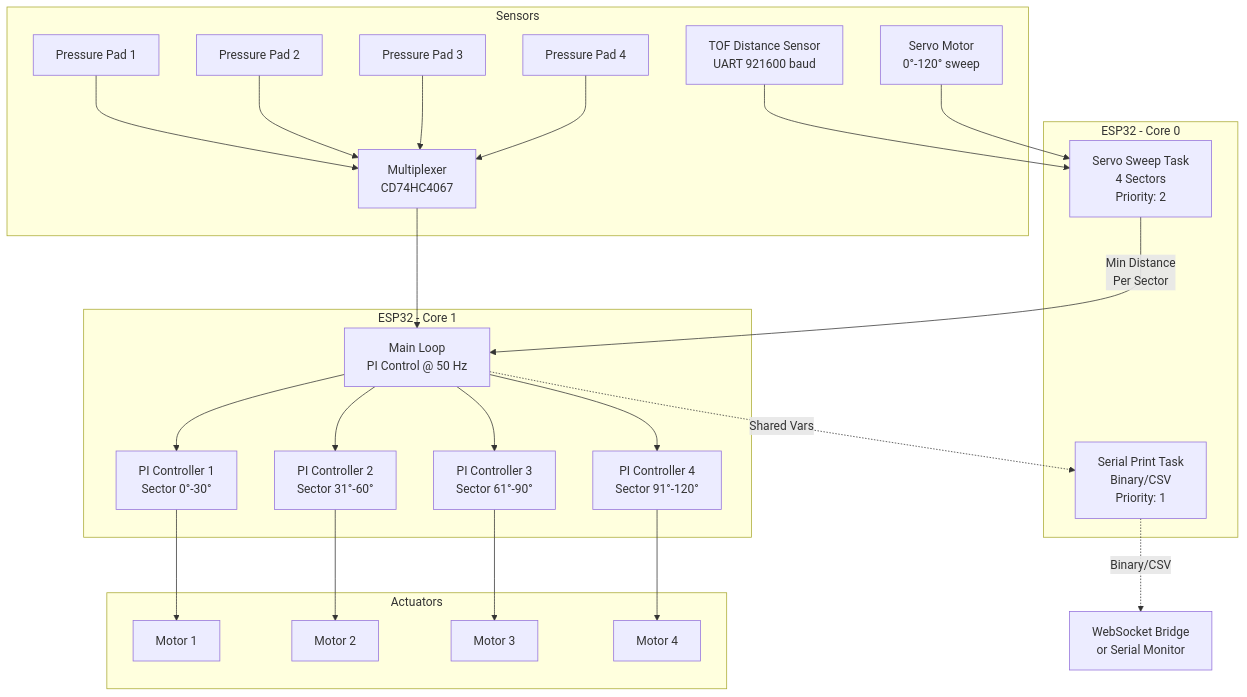
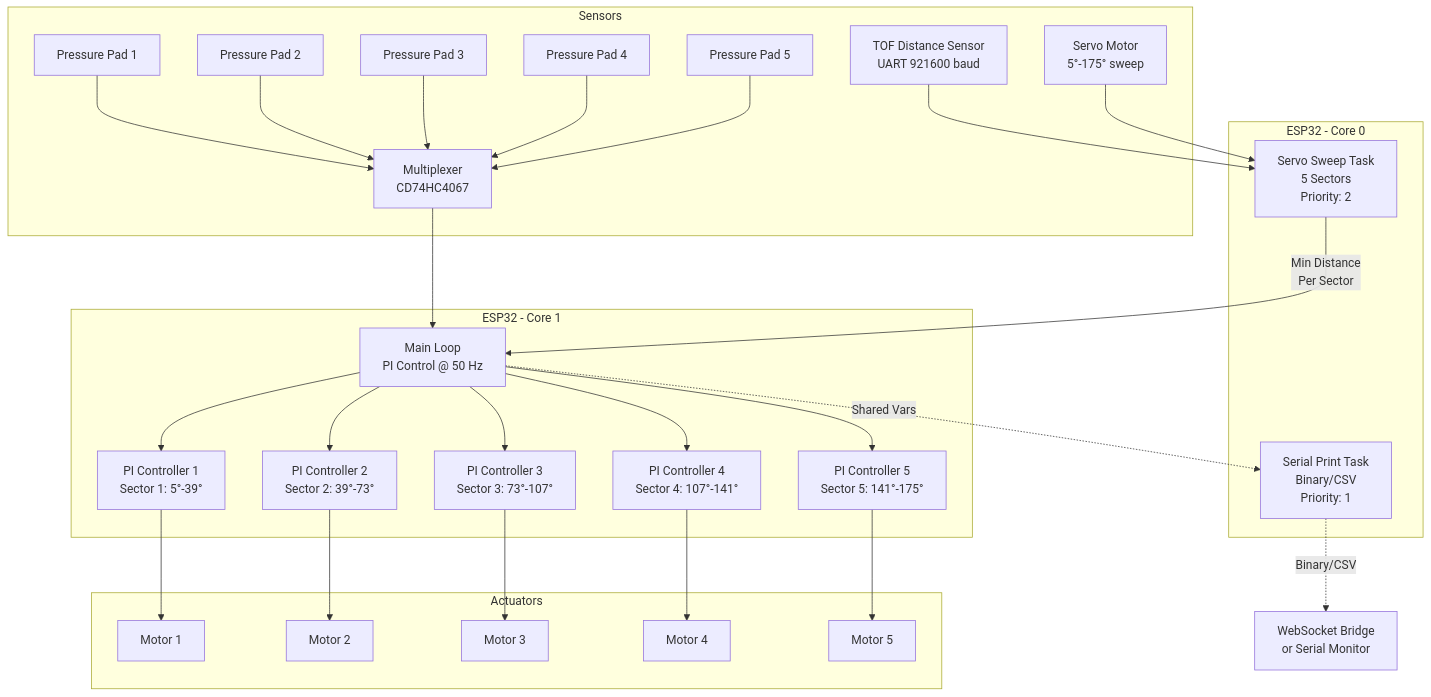
One commit to raseone19/ME-410 changed the first of 7 diagrams in docs/architecture.md. Above: the diagram before and after it, drawn with Mermaid. The commit also changed other lines of this file and 57 other files, not shown here.

````diff
--- a/docs/architecture.md
+++ b/docs/architecture.md
@@ -25,50 +25,55 @@
 ```mermaid
 graph TB
     subgraph Sensors
         TOF[TOF Distance Sensor<br/>UART 921600 baud]
-        Servo[Servo Motor<br/>0°-120° sweep]
+        Servo[Servo Motor<br/>5°-175° sweep]
         PP1[Pressure Pad 1]
         PP2[Pressure Pad 2]
         PP3[Pressure Pad 3]
         PP4[Pressure Pad 4]
+        PP5[Pressure Pad 5]
         MUX[Multiplexer<br/>CD74HC4067]
     end
 
     subgraph "ESP32 - Core 0"
-        SweepTask[Servo Sweep Task<br/>4 Sectors<br/>Priority: 2]
+        SweepTask[Servo Sweep Task<br/>5 Sectors<br/>Priority: 2]
         LogTask[Serial Print Task<br/>Binary/CSV<br/>Priority: 1]
     end
 
     subgraph "ESP32 - Core 1"
         MainLoop[Main Loop<br/>PI Control @ 50 Hz]
-        PI1[PI Controller 1<br/>Sector 0°-30°]
-        PI2[PI Controller 2<br/>Sector 31°-60°]
-        PI3[PI Controller 3<br/>Sector 61°-90°]
-        PI4[PI Controller 4<br/>Sector 91°-120°]
+        PI1[PI Controller 1<br/>Sector 1: 5°-39°]
+        PI2[PI Controller 2<br/>Sector 2: 39°-73°]
+        PI3[PI Controller 3<br/>Sector 3: 73°-107°]
+        PI4[PI Controller 4<br/>Sector 4: 107°-141°]
+        PI5[PI Controller 5<br/>Sector 5: 141°-175°]
     end
 
     subgraph Actuators
         M1[Motor 1]
         M2[Motor 2]
         M3[Motor 3]
         M4[Motor 4]
+        M5[Motor 5]
     end
 
     TOF --> SweepTask
     Servo --> SweepTask
     SweepTask -->|Min Distance<br/>Per Sector| MainLoop
 
     PP1 --> MUX
     PP2 --> MUX
     PP3 --> MUX
     PP4 --> MUX
+    PP5 --> MUX
     MUX --> MainLoop
 
     MainLoop --> PI1 --> M1
     MainLoop --> PI2 --> M2
     MainLoop --> PI3 --> M3
     MainLoop --> PI4 --> M4
+    MainLoop --> PI5 --> M5
 
     MainLoop -.->|Shared Vars| LogTask
     LogTask -.->|Binary/CSV| Serial[WebSocket Bridge<br/>or Serial Monitor]
 ```
````
